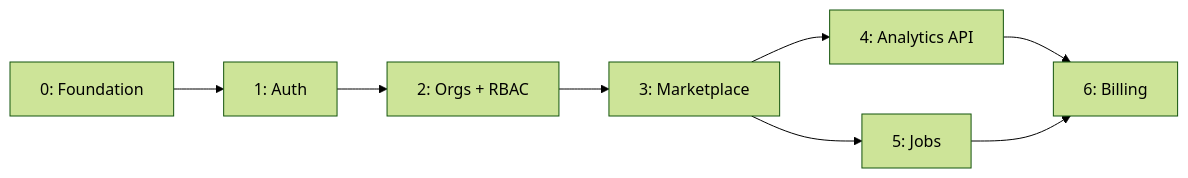
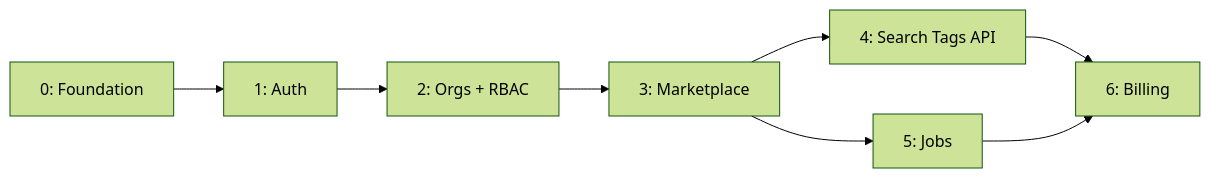
The diagram in architecture/roadmap.md (MarketHackerLabs/docs), drawn with Mermaid (forest theme) before and after one commit. The commit also changed other lines of this file and 10 other files, not shown here.

````diff
--- a/architecture/roadmap.md
+++ b/architecture/roadmap.md
@@ -178,10 +182,10 @@
 ```mermaid
 flowchart LR
     E0[0: Foundation] --> E1[1: Auth]
     E1 --> E2[2: Orgs + RBAC]
     E2 --> E3[3: Marketplace]
-    E3 --> E4[4: Analytics API]
+    E3 --> E4[4: Search Tags API]
     E3 --> E5[5: Jobs]
     E4 --> E6[6: Billing]
     E5 --> E6
 ```
````
